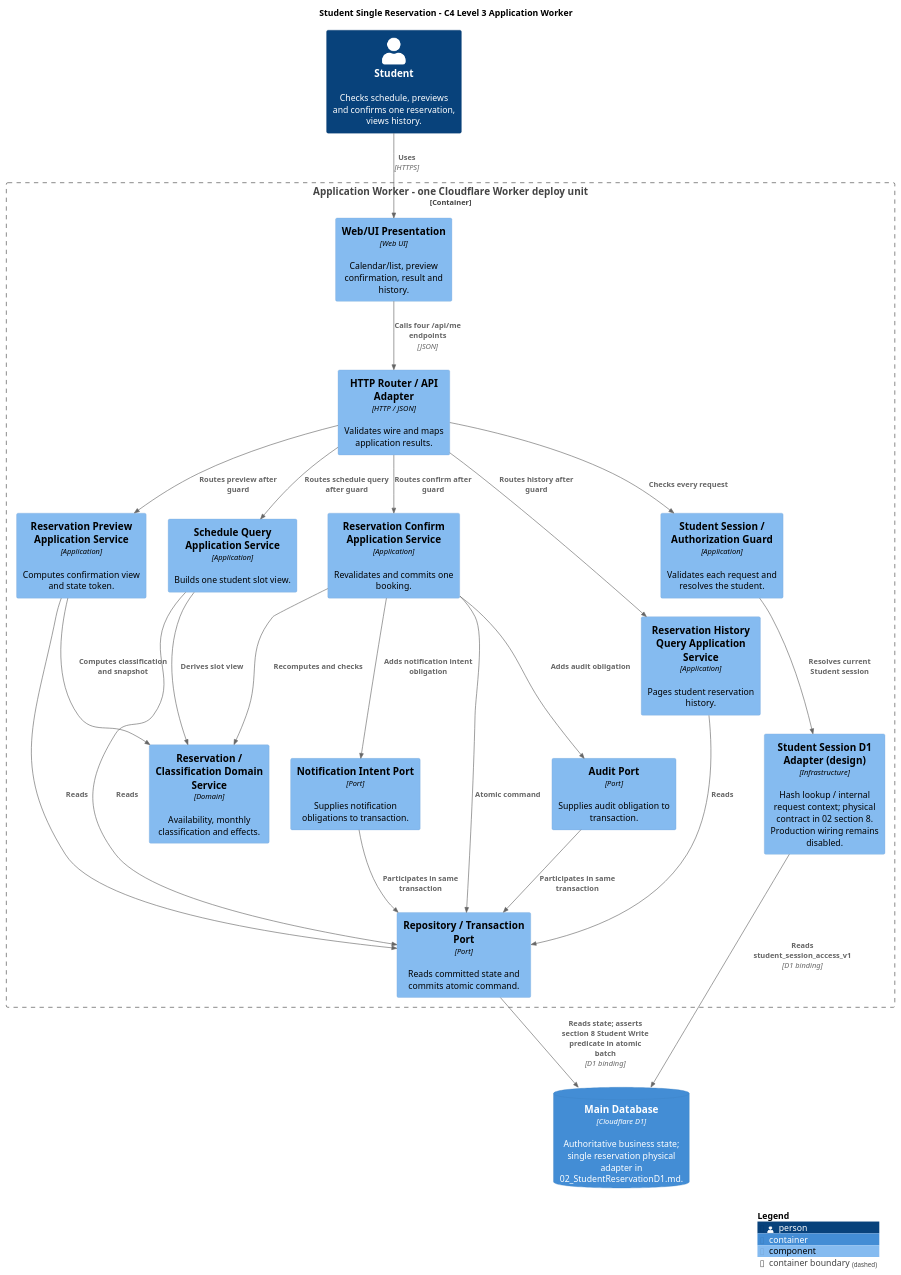
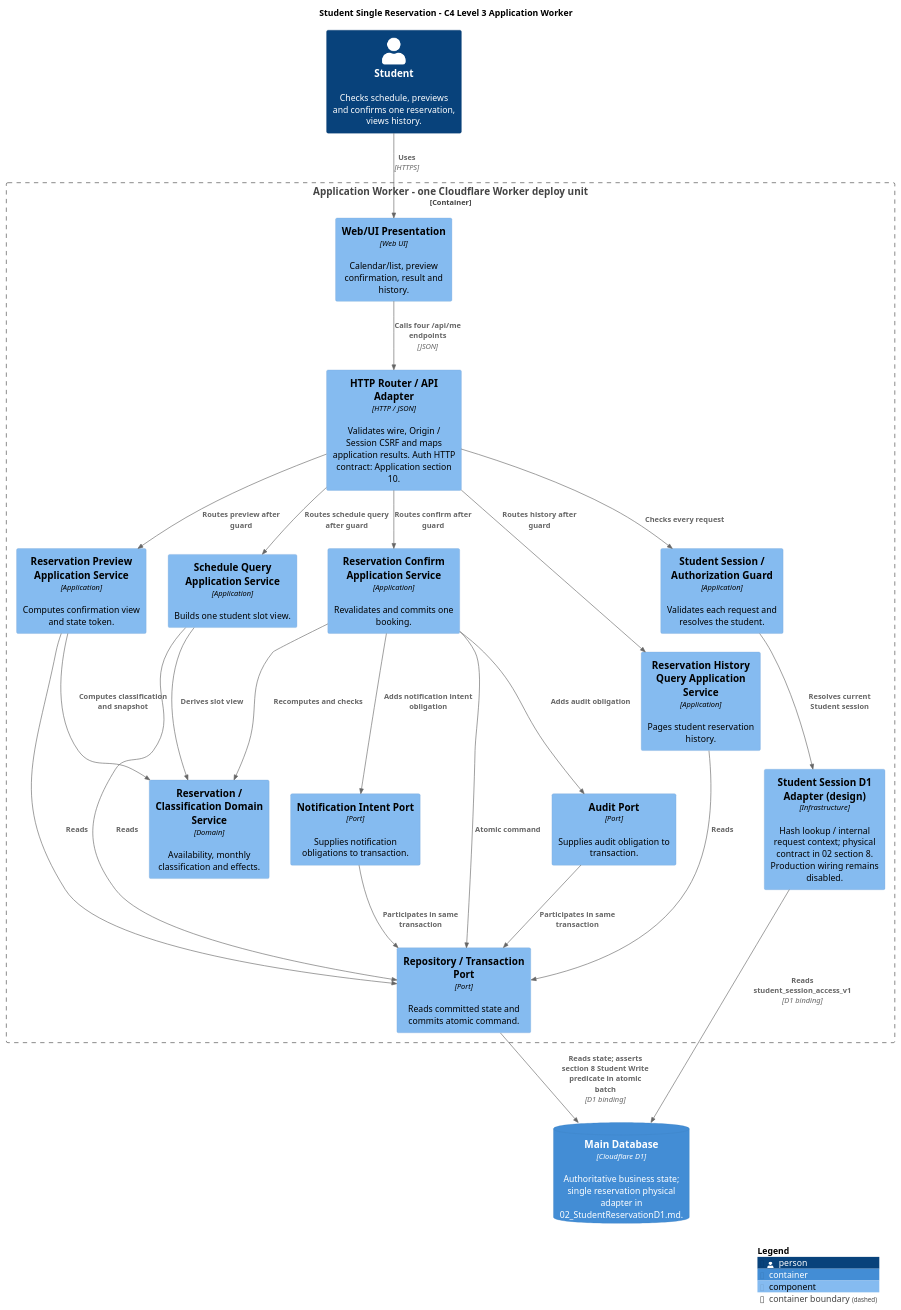
Before and after one commit to suzukure/nssscdl: the diagram in docs/diagrams/plantuml/c4-student-reservation-components.puml, drawn with PlantUML. The commit also changed 13 other files, not shown here.

First line of the commit message:
[詳細設計] 生徒認証HTTP・Cookie/CSRF・Provider Flow契約を確定する（linear recovery） (#855)

```diff
--- a/docs/diagrams/plantuml/c4-student-reservation-components.puml
+++ b/docs/diagrams/plantuml/c4-student-reservation-components.puml
@@ -1,48 +1,48 @@
 @startuml
 !include <C4/C4_Component>
 
 LAYOUT_WITH_LEGEND()
 title Student Single Reservation - C4 Level 3 Application Worker
 
 Person(student, "Student", "Checks schedule, previews and confirms one reservation, views history.")
 ContainerDb(db, "Main Database", "Cloudflare D1", "Authoritative business state; single reservation physical adapter in 02_StudentReservationD1.md.")
 
 Container_Boundary(worker, "Application Worker - one Cloudflare Worker deploy unit") {
   Component(ui, "Web/UI Presentation", "Web UI", "Calendar/list, preview confirmation, result and history.")
-  Component(router, "HTTP Router / API Adapter", "HTTP / JSON", "Validates wire and maps application results.")
+  Component(router, "HTTP Router / API Adapter", "HTTP / JSON", "Validates wire, Origin / Session CSRF and maps application results. Auth HTTP contract: Application section 10.")
   Component(guard, "Student Session / Authorization Guard", "Application", "Validates each request and resolves the student.")
   Component(authrepo, "Student Session D1 Adapter (design)", "Infrastructure", "Hash lookup / internal request context; physical contract in 02 section 8. Production wiring remains disabled.")
   Component(schedule, "Schedule Query Application Service", "Application", "Builds one student slot view.")
   Component(preview, "Reservation Preview Application Service", "Application", "Computes confirmation view and state token.")
   Component(confirm, "Reservation Confirm Application Service", "Application", "Revalidates and commits one booking.")
   Component(history, "Reservation History Query Application Service", "Application", "Pages student reservation history.")
   Component(domain, "Reservation / Classification Domain Service", "Domain", "Availability, monthly classification and effects.")
   Component(repo, "Repository / Transaction Port", "Port", "Reads committed state and commits atomic command.")
   Component(audit, "Audit Port", "Port", "Supplies audit obligation to transaction.")
   Component(intent, "Notification Intent Port", "Port", "Supplies notification obligations to transaction.")
 }
 
 Rel(student, ui, "Uses", "HTTPS")
 Rel(ui, router, "Calls four /api/me endpoints", "JSON")
 Rel(router, guard, "Checks every request")
 Rel(guard, authrepo, "Resolves current Student session")
 Rel(authrepo, db, "Reads student_session_access_v1", "D1 binding")
 Rel(router, schedule, "Routes schedule query after guard")
 Rel(router, preview, "Routes preview after guard")
 Rel(router, confirm, "Routes confirm after guard")
 Rel(router, history, "Routes history after guard")
 Rel(schedule, domain, "Derives slot view")
 Rel(preview, domain, "Computes classification and snapshot")
 Rel(confirm, domain, "Recomputes and checks")
 Rel(schedule, repo, "Reads")
 Rel(preview, repo, "Reads")
 Rel(confirm, repo, "Atomic command")
 Rel(history, repo, "Reads")
 Rel(confirm, audit, "Adds audit obligation")
 Rel(confirm, intent, "Adds notification intent obligation")
 Rel(repo, db, "Reads state; asserts section 8 Student Write predicate in atomic batch", "D1 binding")
 Rel(audit, repo, "Participates in same transaction")
 Rel(intent, repo, "Participates in same transaction")
 
 SHOW_LEGEND()
 @enduml
```
